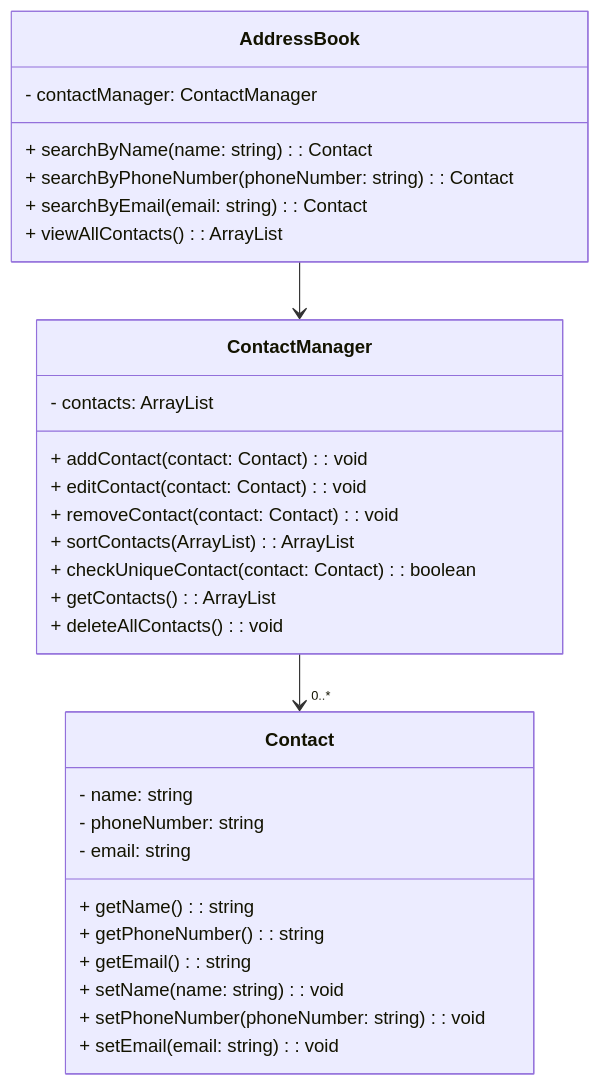
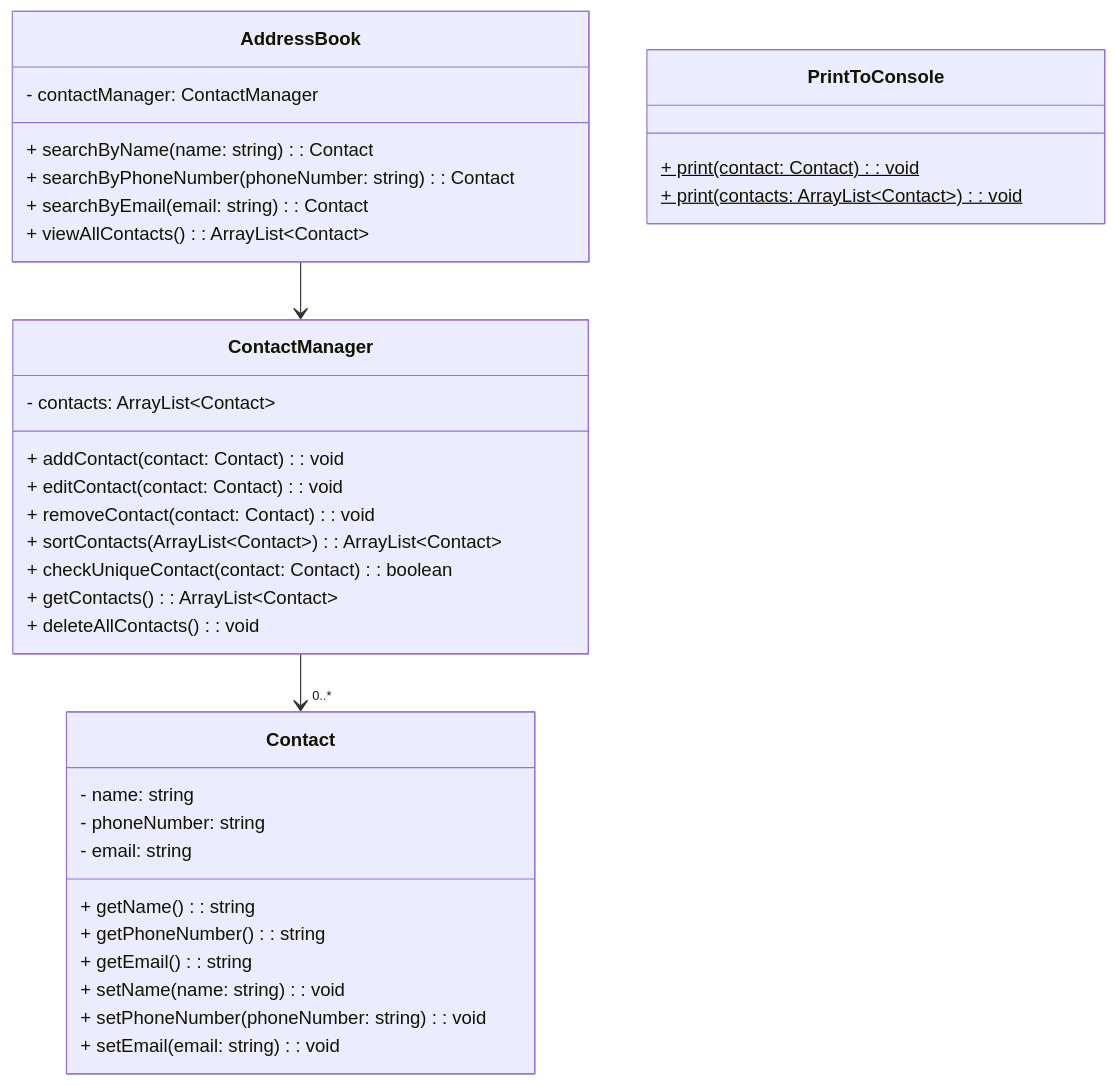
One commit to aabubakar17/AddressBook changed the diagram in docs/class-diagrams-test-plan.md. Above: the diagram before and after it, drawn with Mermaid.

Commit message:
UPDATE: class diagram updated to include PrintToConsole class

````diff
--- a/docs/class-diagrams-test-plan.md
+++ b/docs/class-diagrams-test-plan.md
@@ -4,35 +4,39 @@
 ```mermaid
 classDiagram
     class AddressBook {
         - contactManager: ContactManager
         + searchByName(name: string): Contact
         + searchByPhoneNumber(phoneNumber: string): Contact
         + searchByEmail(email: string): Contact
-        + viewAllContacts(): ArrayList<Contact>
+        + viewAllContacts(): ArrayList~Contact~
     }
     class ContactManager {
-        - contacts: ArrayList<Contact>
+        - contacts: ArrayList~Contact~
         + addContact(contact: Contact): void
         + editContact(contact: Contact): void
         + removeContact(contact: Contact): void
-        + sortContacts(ArrayList<Contact>) : ArrayList<Contact> 
+        + sortContacts(ArrayList~Contact~) : ArrayList~Contact~
         + checkUniqueContact(contact: Contact): boolean
-        + getContacts(): ArrayList<Contact>
+        + getContacts(): ArrayList~Contact~
         + deleteAllContacts(): void
     }
     class Contact {
         - name: string
         - phoneNumber: string
         - email: string
         + getName(): string
         + getPhoneNumber(): string
         + getEmail(): string
         + setName(name: string): void
         + setPhoneNumber(phoneNumber: string): void
         + setEmail(email: string): void
     }
 
+    class PrintToConsole {
+        + print(contact: Contact)$: void
+        + print(contacts: ArrayList~Contact~)$: void
+    }
     AddressBook  --> ContactManager
     ContactManager --> "0..*" Contact
 
 ```
````
